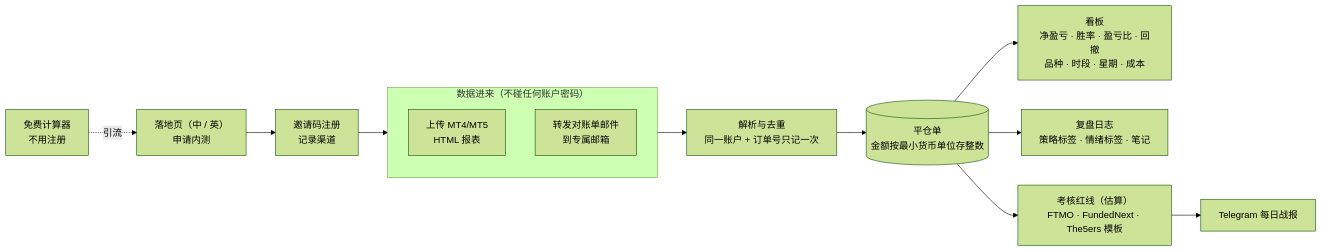
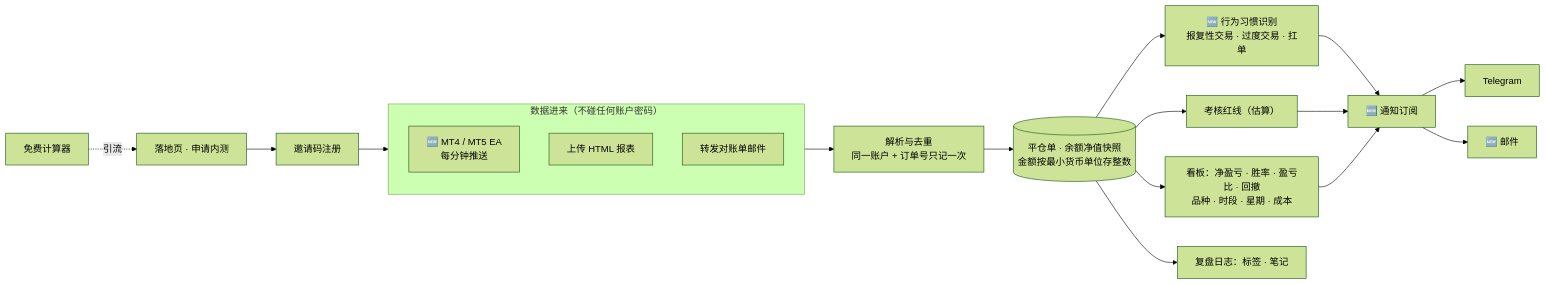
Before and after one commit to dollar3651314/trading-journal: the second of 4 diagrams in 需求文档/v1-需求说明书.md, drawn with Mermaid (forest theme). The commit also changed other lines of this file and 4 other files, not shown here.

First line of the commit message:
需求说明书 v1.2：EA 数据接入、行为习惯识别、邮件推送、通知订阅（Amos V1–V4 按默认）；测试预审 T9–T14；市场调研 v1.1 补 EA 部分；新增线框图 ⑨⑩

````diff
--- a/需求文档/v1-需求说明书.md
+++ b/需求文档/v1-需求说明书.md
@@ -11,15 +51,20 @@
 ```mermaid
 flowchart LR
     subgraph IN["数据进来（不碰任何账户密码）"]
-        H["上传 MT4/MT5<br/>HTML 报表"]
-        E["转发对账单邮件<br/>到专属邮箱"]
+        EA["🆕 MT4 / MT5 EA<br/>每分钟推送"]
+        H["上传 HTML 报表"]
+        E["转发对账单邮件"]
     end
     IN --> P["解析与去重<br/>同一账户 + 订单号只记一次"]
-    P --> DB[("平仓单<br/>金额按最小货币单位存整数")]
-    DB --> DASH["看板<br/>净盈亏 · 胜率 · 盈亏比 · 回撤<br/>品种 · 时段 · 星期 · 成本"]
-    DB --> JR["复盘日志<br/>策略标签 · 情绪标签 · 笔记"]
-    DB --> RULE["考核红线（估算）<br/>FTMO · FundedNext · The5ers 模板"]
-    RULE --> TG["Telegram 每日战报"]
-    CALC["免费计算器<br/>不用注册"] -.引流.-> LAND["落地页（中 / 英）<br/>申请内测"]
-    LAND --> INV["邀请码注册<br/>记录渠道"] --> IN
+    P --> DB[("平仓单 · 余额净值快照<br/>金额按最小货币单位存整数")]
+    DB --> DASH["看板：净盈亏 · 胜率 · 盈亏比 · 回撤<br/>品种 · 时段 · 星期 · 成本"]
+    DB --> BEH["🆕 行为习惯识别<br/>报复性交易 · 过度交易 · 扛单"]
+    DB --> RULE["考核红线（估算）"]
+    DB --> JR["复盘日志：标签 · 笔记"]
+    BEH --> N["🆕 通知订阅"]
+    RULE --> N
+    DASH --> N
+    N --> TG["Telegram"]
+    N --> ML["🆕 邮件"]
+    CALC["免费计算器"] -.引流.-> LAND["落地页 · 申请内测"] --> INV["邀请码注册"] --> IN
 ```
````
